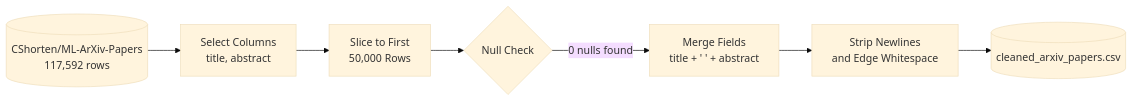
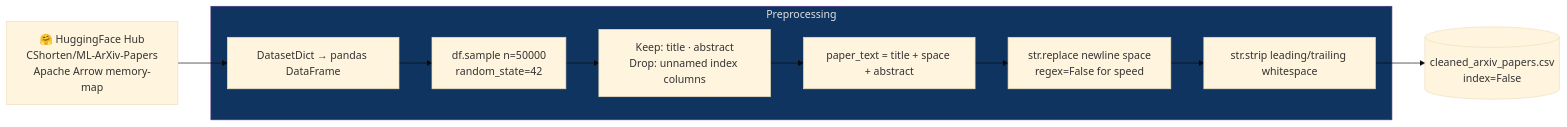
One commit to aayushdalal/Fanite changed the third of 9 diagrams in README.md. Above: the diagram before and after it, drawn with Mermaid (base theme). The commit also changed other lines of this file, not shown here.

````diff
--- a/README.md
+++ b/README.md
@@ -213,9 +173,16 @@
 ```mermaid
 flowchart LR
-    A[("CShorten/ML-ArXiv-Papers<br/>117,592 rows")] --> B["Select Columns<br/>title, abstract"]
-    B --> C["Slice to First<br/>50,000 Rows"]
-    C --> D{"Null Check"}
-    D -->|"0 nulls found"| E["Merge Fields<br/>title + ' ' + abstract"]
-    E --> F["Strip Newlines<br/>and Edge Whitespace"]
-    F --> G[("cleaned_arxiv_papers.csv")]
+    A[🤗 HuggingFace Hub<br/>CShorten/ML-ArXiv-Papers<br/>Apache Arrow memory-map] --> B
+
+    subgraph CLEAN ["Preprocessing"]
+        B[DatasetDict → pandas DataFrame] --> C[df.sample n=50000<br/>random_state=42]
+        C --> D[Keep: title · abstract<br/>Drop: unnamed index columns]
+        D --> E[paper_text = title + space + abstract]
+        E --> F[str.replace newline space<br/>regex=False for speed]
+        F --> G[str.strip leading/trailing whitespace]
+    end
+
+    G --> H[(cleaned_arxiv_papers.csv<br/>index=False)]
+
+    style CLEAN fill:#0f3460,stroke:#533483,color:#e0e0e0
 ```
````
